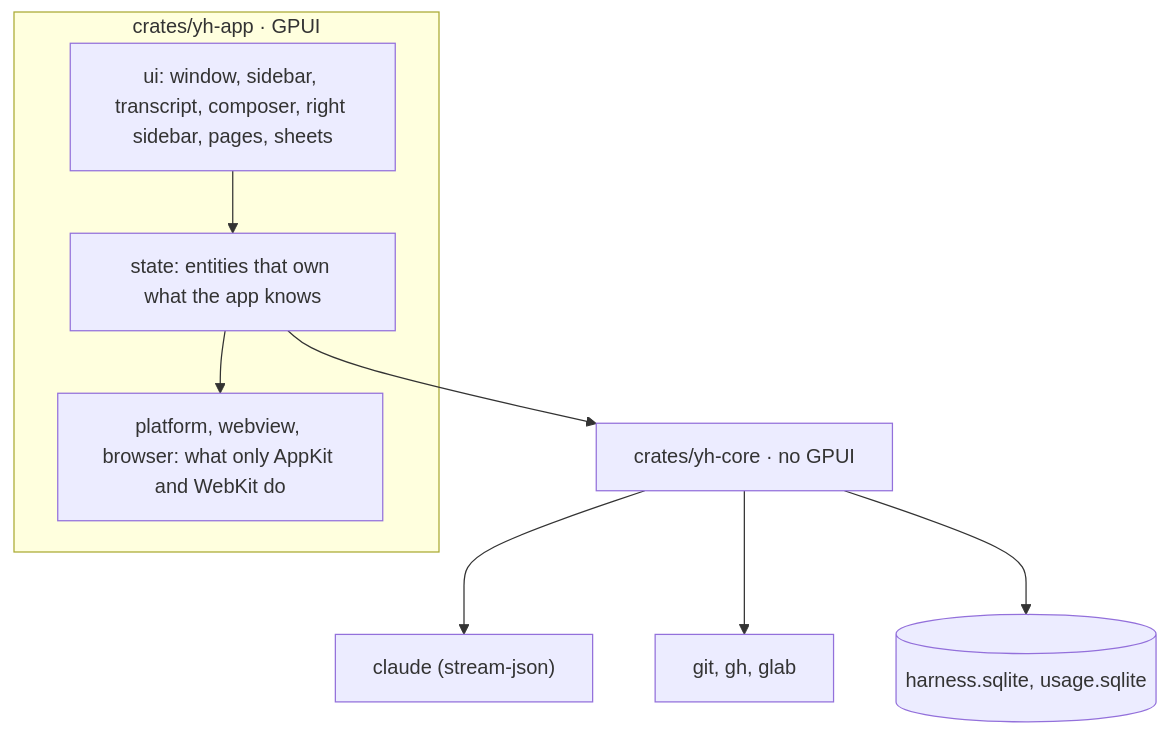
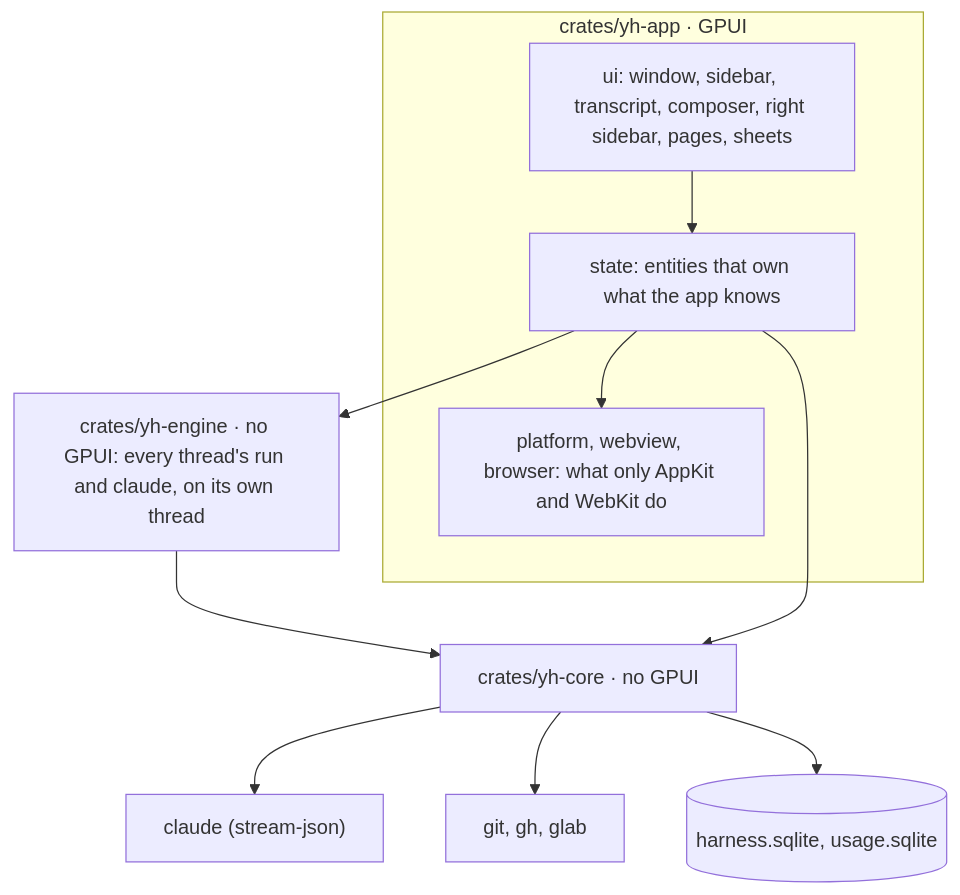
One commit to mdovhopo/yourharness changed the diagram in docs/architecture.md. Above: the diagram before and after it, drawn with Mermaid. The commit also changed other lines of this file and 12 other files, not shown here.

First line of the commit message:
Remote F1, step 1: turns run on the engine's thread (yh-engine)

````diff
--- a/docs/architecture.md
+++ b/docs/architecture.md
@@ -10,15 +10,18 @@
 ```mermaid
 flowchart TB
   subgraph App["crates/yh-app · GPUI"]
     UI["ui: window, sidebar, transcript, composer, right sidebar, pages, sheets"]
     State["state: entities that own what the app knows"]
     Mac["platform, webview, browser: what only AppKit and WebKit do"]
     UI --> State
     State --> Mac
   end
+  Engine["crates/yh-engine · no GPUI: every thread's run and claude, on its own thread"]
   Core["crates/yh-core · no GPUI"]
+  State --> Engine
+  Engine --> Core
   State --> Core
   Core --> Claude["claude (stream-json)"]
   Core --> Tools["git, gh, glab"]
   Core --> DB[("harness.sqlite, usage.sqlite")]
 ```
````
